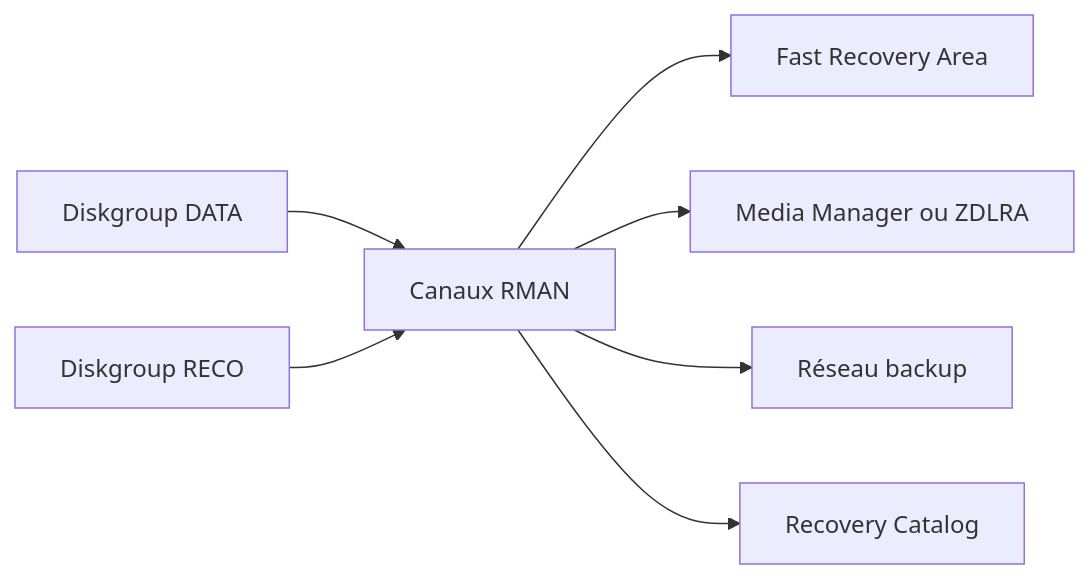
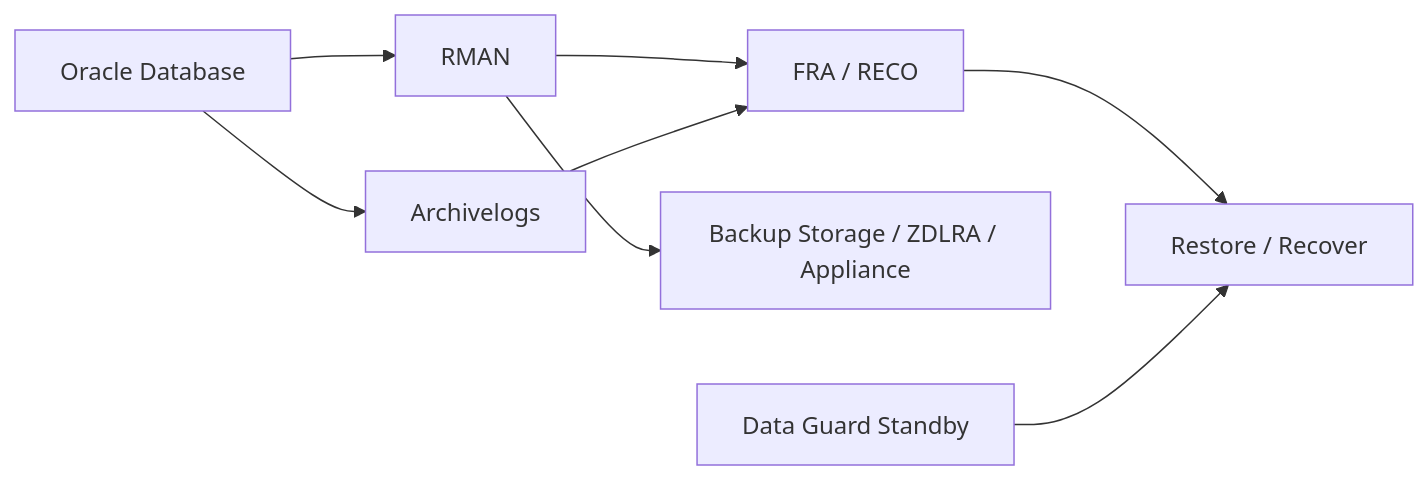
One commit to zdmooc/oracle-exadata-infra-ha-dr-course-labs-v5 changed the diagram in modules/22-backup-and-recovery.md. Above: the diagram before and after it, drawn with Mermaid. The commit also changed other lines of this file and 6 other files, not shown here.

````diff
--- a/modules/22-backup-and-recovery.md
+++ b/modules/22-backup-and-recovery.md
@@ -162,9 +76,10 @@
 ```mermaid
 flowchart LR
-    DATA[Diskgroup DATA] --> RMAN[Canaux RMAN]
-    RECO[Diskgroup RECO] --> RMAN
-    RMAN --> FRA[Fast Recovery Area]
-    RMAN --> MEDIA[Media Manager ou ZDLRA]
-    RMAN --> NET[Réseau backup]
-    RMAN --> CATALOG[Recovery Catalog]
+    DB[Oracle Database] --> RMAN[RMAN]
+    RMAN --> FRA[FRA / RECO]
+    RMAN --> BKP[Backup Storage / ZDLRA / Appliance]
+    DB --> ARC[Archivelogs]
+    ARC --> FRA
+    FRA --> REC[Restore / Recover]
+    DG[Data Guard Standby] --> REC
 ```
````
